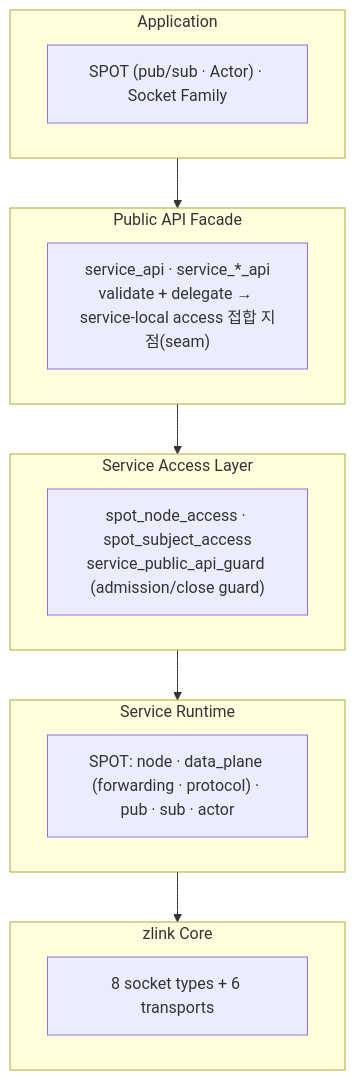
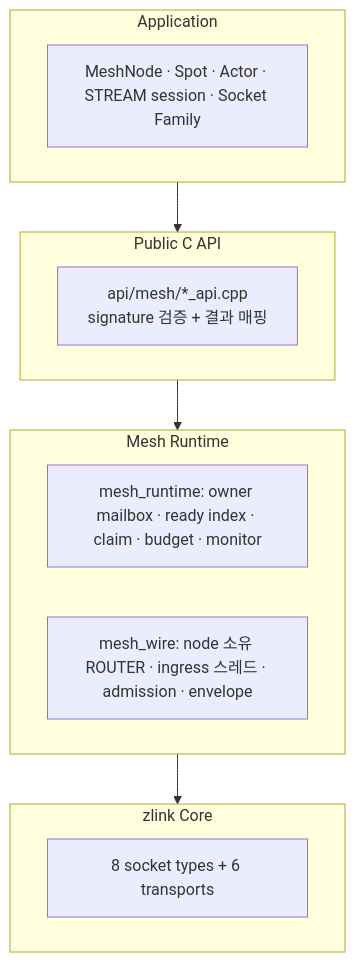
Before and after one commit to kairos-code-dev/zlink: the first of 2 diagrams in core/doc/guide/07-0-services.ko.md, drawn with Mermaid. The commit also changed other lines of this file and 58 other files, not shown here.

````diff
--- a/core/doc/guide/07-0-services.ko.md
+++ b/core/doc/guide/07-0-services.ko.md
@@ -58,24 +61,21 @@
 ```mermaid
 flowchart TB
     subgraph app["Application"]
-        A1["SPOT (pub/sub · Actor) · Socket Family"]
+        A1["MeshNode · Spot · Actor · STREAM session · Socket Family"]
     end
 
-    subgraph facade["Public API Facade"]
-        F1["service_api · service_*_api<br/>validate + delegate → service-local access 접합 지점(seam)"]
+    subgraph facade["Public C API"]
+        F1["api/mesh/*_api.cpp<br/>signature 검증 + 결과 매핑"]
     end
 
-    subgraph access["Service Access Layer"]
-        AC1["spot_node_access · spot_subject_access<br/>service_public_api_guard (admission/close guard)"]
-    end
-
-    subgraph runtime["Service Runtime"]
-        RT1["SPOT: node · data_plane (forwarding · protocol) · pub · sub · actor"]
+    subgraph runtime["Mesh Runtime"]
+        RT1["mesh_runtime: owner mailbox · ready index · claim · budget · monitor"]
+        RT2["mesh_wire: node 소유 ROUTER · ingress 스레드 · admission · envelope"]
     end
 
     subgraph core["zlink Core"]
         C1["8 socket types + 6 transports"]
     end
 
-    app --> facade --> access --> runtime --> core
+    app --> facade --> runtime --> core
 ```
````
